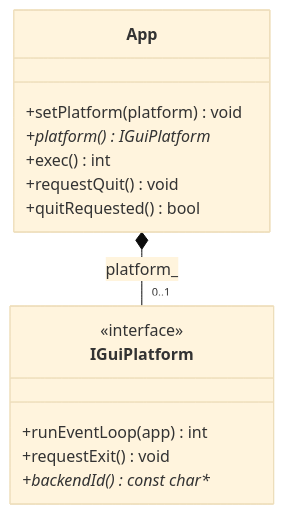
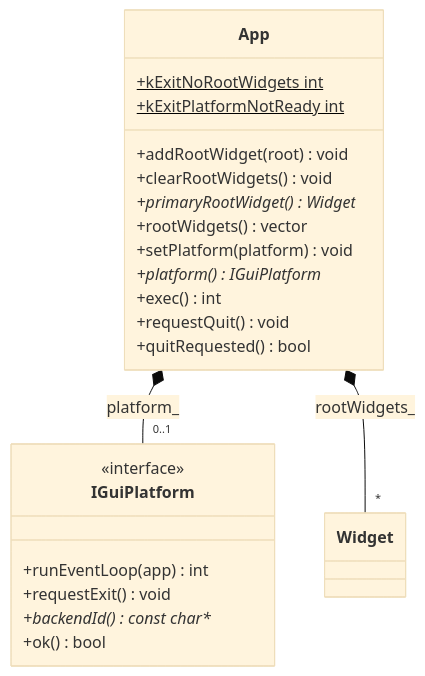
Before and after one commit to shelltdf/AGIS: the first of 4 diagrams in ai-software-engineering/02-physical/gis-desktop-win32/uml-class-ui.md, drawn with Mermaid (base theme). The commit also changed other lines of this file and 8 other files, not shown here.

````diff
--- a/ai-software-engineering/02-physical/gis-desktop-win32/uml-class-ui.md
+++ b/ai-software-engineering/02-physical/gis-desktop-win32/uml-class-ui.md
@@ -11,21 +18,29 @@
 ```mermaid
 classDiagram
   direction TB
 
   class IGuiPlatform {
     <<interface>>
     +runEventLoop(app) int
     +requestExit() void
     +backendId()* const char*
+    +ok() bool
   }
 
   class App {
+    +addRootWidget(root) void
+    +clearRootWidgets() void
+    +primaryRootWidget() Widget*
+    +rootWidgets() vector
     +setPlatform(platform) void
     +platform() IGuiPlatform*
     +exec() int
     +requestQuit() void
     +quitRequested() bool
+    +kExitNoRootWidgets int$
+    +kExitPlatformNotReady int$
   }
 
   App *-- "0..1" IGuiPlatform : platform_
+  App *-- "*" Widget : rootWidgets_
 ```
````
